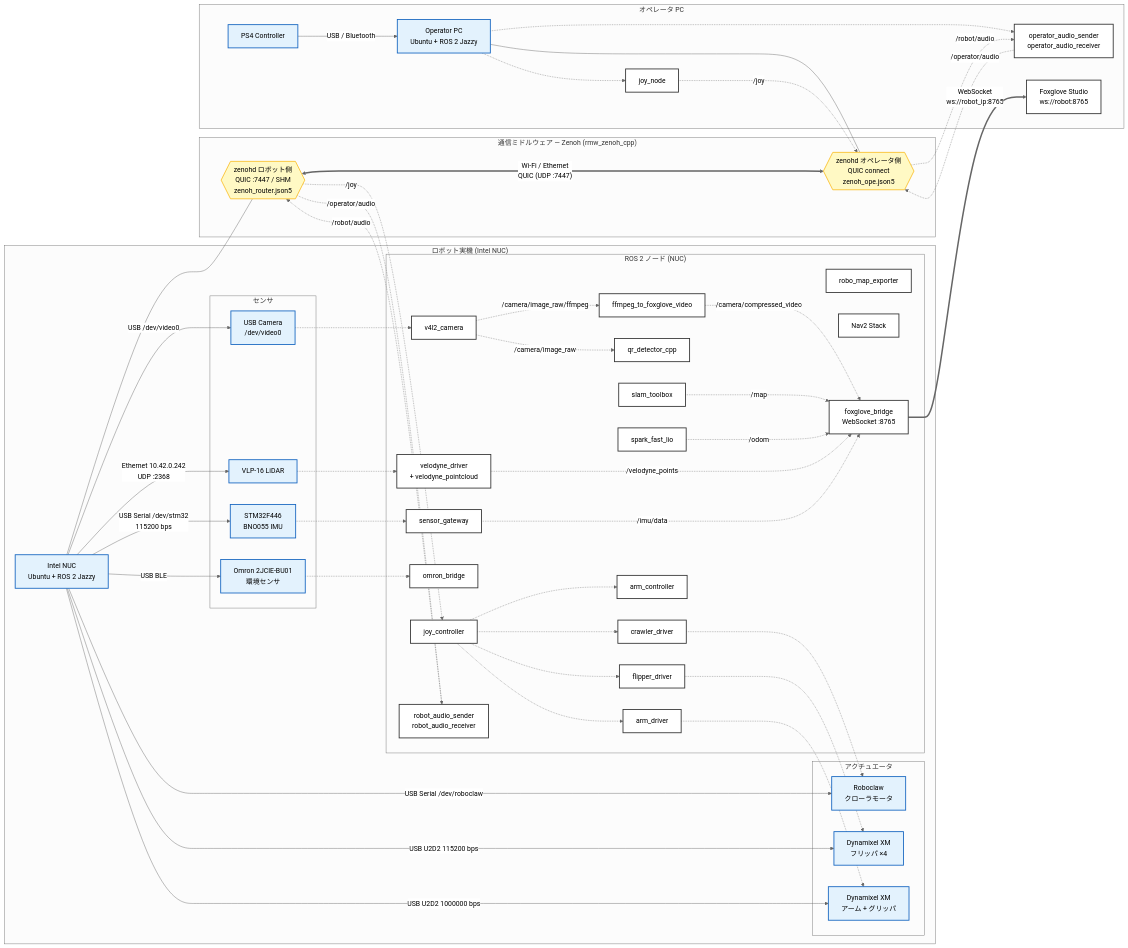
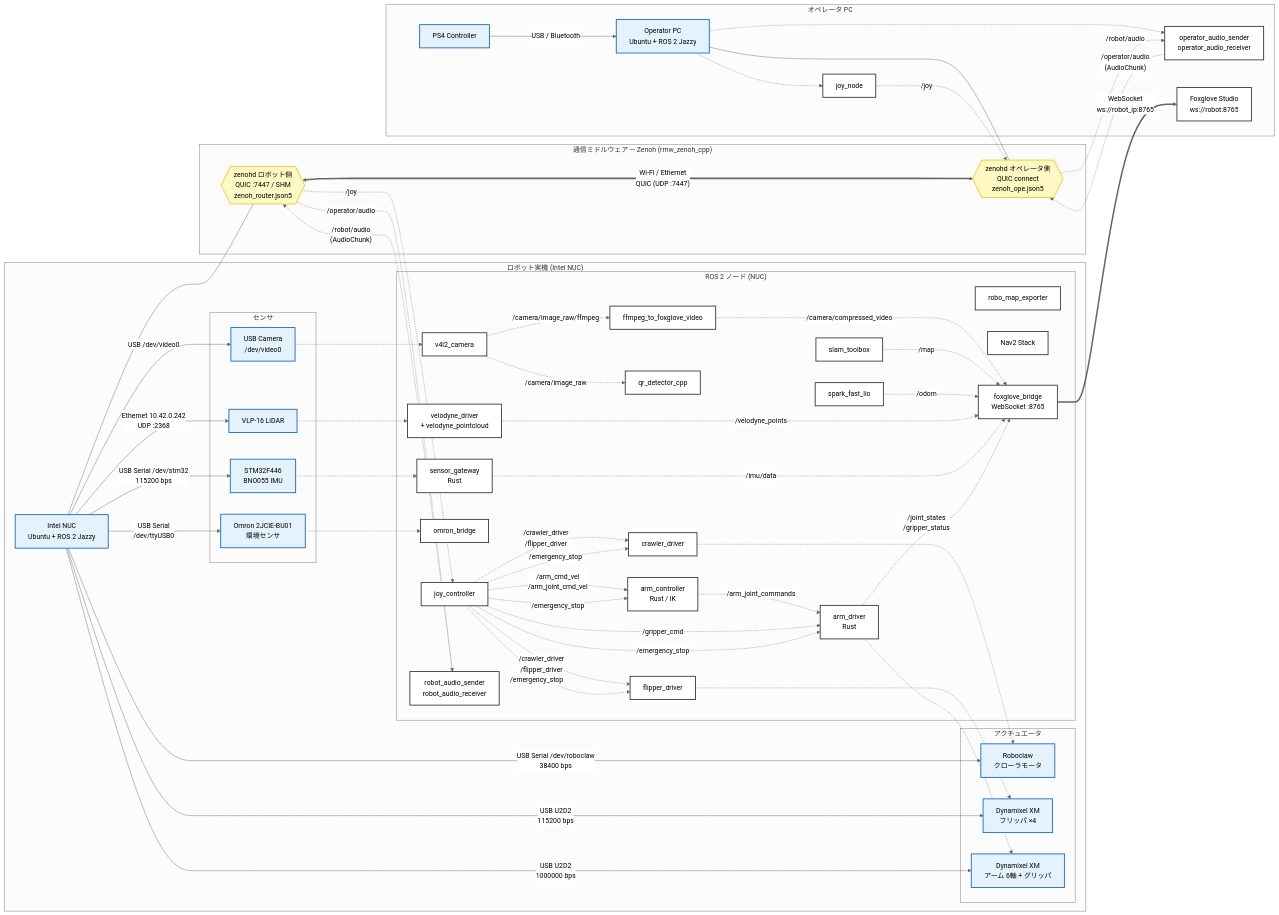
The diagram in main_ws/topology/network_topology.mmd (lazytatzv/rustacean_roborescue), drawn with Mermaid (neutral theme) before and after one commit. The commit also changed 4 other files, not shown here.

First line of the commit message:
docs: update topology diagrams to reflect current implementation

```diff
--- a/main_ws/topology/network_topology.mmd
+++ b/main_ws/topology/network_topology.mmd
@@ -1,117 +1,122 @@
 graph LR
   %% =============================================
   %% Rustacean RoboRescue — Network & Hardware Topology
   %% =============================================
 
   classDef device fill:#e3f2fd,stroke:#1565c0,stroke-width:2px;
   classDef proto fill:#fff9c4,stroke:#fbc02d,stroke-width:2px;
   classDef ros_node fill:#fff,stroke:#333,stroke-width:2px;
 
   %% =============================================
   %% ロボット実機 (Intel NUC)
   %% =============================================
   subgraph Robot["ロボット実機 (Intel NUC)"]
     NUC[Intel NUC<br/>Ubuntu + ROS 2 Jazzy]:::device
 
     subgraph Sensors["センサ"]
       STM32[STM32F446<br/>BNO055 IMU]:::device
       VLP16[VLP-16 LiDAR]:::device
       USB_CAM[USB Camera<br/>/dev/video0]:::device
       OMRON[Omron 2JCIE-BU01<br/>環境センサ]:::device
     end
 
     subgraph Actuators["アクチュエータ"]
       ROBOCLAW[Roboclaw<br/>クローラモータ]:::device
       DXL_F[Dynamixel XM<br/>フリッパ ×4]:::device
-      DXL_AG[Dynamixel XM<br/>アーム + グリッパ]:::device
+      DXL_AG[Dynamixel XM<br/>アーム 6軸 + グリッパ]:::device
     end
 
     subgraph ROS_Nodes["ROS 2 ノード (NUC)"]
-      N_gateway[sensor_gateway]:::ros_node
+      N_gateway[sensor_gateway<br/>Rust]:::ros_node
       N_vlp[velodyne_driver<br/>+ velodyne_pointcloud]:::ros_node
       N_cam[v4l2_camera]:::ros_node
       N_ffmpeg[ffmpeg_to_foxglove_video]:::ros_node
       N_qr[qr_detector_cpp]:::ros_node
       N_crawler[crawler_driver]:::ros_node
       N_flipper[flipper_driver]:::ros_node
       N_spark[spark_fast_lio]:::ros_node
       N_slam[slam_toolbox]:::ros_node
-      N_arm[arm_controller]:::ros_node
-      N_arm_drv[arm_driver]:::ros_node
+      N_arm[arm_controller<br/>Rust / IK]:::ros_node
+      N_arm_drv[arm_driver<br/>Rust]:::ros_node
       N_omron[omron_bridge]:::ros_node
       N_map_exp[robo_map_exporter]:::ros_node
       N_nav2[Nav2 Stack]:::ros_node
       N_joyctrl[joy_controller]:::ros_node
       N_audio_robot[robot_audio_sender<br/>robot_audio_receiver]:::ros_node
       N_fgbridge[foxglove_bridge<br/>WebSocket :8765]:::ros_node
     end
 
     NUC -- "USB Serial /dev/stm32<br/>115200 bps" --> STM32
     NUC -- "Ethernet 10.42.0.242<br/>UDP :2368" --> VLP16
     NUC -- "USB /dev/video0" --> USB_CAM
-    NUC -- "USB BLE" --> OMRON
-    NUC -- "USB Serial /dev/roboclaw" --> ROBOCLAW
-    NUC -- "USB U2D2 115200 bps" --> DXL_F
-    NUC -- "USB U2D2 1000000 bps" --> DXL_AG
+    NUC -- "USB Serial<br/>/dev/ttyUSB0" --> OMRON
+    NUC -- "USB Serial /dev/roboclaw<br/>38400 bps" --> ROBOCLAW
+    NUC -- "USB U2D2<br/>115200 bps" --> DXL_F
+    NUC -- "USB U2D2<br/>1000000 bps" --> DXL_AG
 
     STM32 -.-> N_gateway
     VLP16 -.-> N_vlp
     USB_CAM -.-> N_cam
     OMRON -.-> N_omron
     N_crawler -.-> ROBOCLAW
     N_flipper -.-> DXL_F
     N_arm_drv -.-> DXL_AG
 
     N_cam -. "/camera/image_raw/ffmpeg" .-> N_ffmpeg
     N_cam -. "/camera/image_raw" .-> N_qr
+    N_arm -. "/arm_joint_commands" .-> N_arm_drv
   end
 
   %% =============================================
   %% 通信ミドルウェア — Zenoh (rmw_zenoh_cpp)
   %% =============================================
   subgraph Network["通信ミドルウェア — Zenoh (rmw_zenoh_cpp)"]
     ZENOH_R{{zenohd ロボット側<br/>QUIC :7447 / SHM<br/>zenoh_router.json5}}:::proto
     ZENOH_O{{zenohd オペレータ側<br/>QUIC connect<br/>zenoh_ope.json5}}:::proto
     ZENOH_R <== "Wi-Fi / Ethernet<br/>QUIC (UDP :7447)" ==> ZENOH_O
   end
 
   %% =============================================
   %% オペレータ PC
   %% =============================================
   subgraph Operator["オペレータ PC"]
     OPE_PC[Operator PC<br/>Ubuntu + ROS 2 Jazzy]:::device
     PS4[PS4 Controller]:::device
     N_joy[joy_node]:::ros_node
     N_audio_ope[operator_audio_sender<br/>operator_audio_receiver]:::ros_node
     FOXGLOVE[Foxglove Studio<br/>ws://robot:8765]:::ros_node
 
     PS4 -- "USB / Bluetooth" --> OPE_PC
     OPE_PC -.-> N_joy
     OPE_PC -.-> N_audio_ope
   end
 
   %% =============================================
   %% Zenoh トピック経路
   %% =============================================
   NUC --- ZENOH_R
   OPE_PC --- ZENOH_O
 
   N_joy           -. "/joy" .->                     ZENOH_O
   ZENOH_R         -. "/joy" .->                     N_joyctrl
-  N_joyctrl       -.->                              N_crawler & N_flipper & N_arm & N_arm_drv
+  N_joyctrl       -. "/crawler_driver<br/>/flipper_driver" .-> N_crawler & N_flipper
+  N_joyctrl       -. "/arm_cmd_vel<br/>/arm_joint_cmd_vel" .-> N_arm
+  N_joyctrl       -. "/gripper_cmd" .->             N_arm_drv
+  N_joyctrl       -. "/emergency_stop" .->          N_crawler & N_flipper & N_arm & N_arm_drv
 
-  N_audio_ope     -. "/operator/audio" .->          ZENOH_O
+  N_audio_ope     -. "/operator/audio<br/>(AudioChunk)" .->  ZENOH_O
   ZENOH_R         -. "/operator/audio" .->          N_audio_robot
-  N_audio_robot   -. "/robot/audio" .->             ZENOH_R
+  N_audio_robot   -. "/robot/audio<br/>(AudioChunk)" .->     ZENOH_R
   ZENOH_O         -. "/robot/audio" .->             N_audio_ope
 
   %% =============================================
   %% Foxglove Bridge 経由 (WebSocket)
   %% =============================================
   N_ffmpeg        -. "/camera/compressed_video" .-> N_fgbridge
   N_slam          -. "/map" .->                     N_fgbridge
   N_spark         -. "/odom" .->                    N_fgbridge
   N_vlp           -. "/velodyne_points" .->         N_fgbridge
   N_gateway       -. "/imu/data" .->                N_fgbridge
+  N_arm_drv       -. "/joint_states<br/>/gripper_status" .-> N_fgbridge
 
   N_fgbridge      == "WebSocket<br/>ws://robot_ip:8765" ==> FOXGLOVE
```
